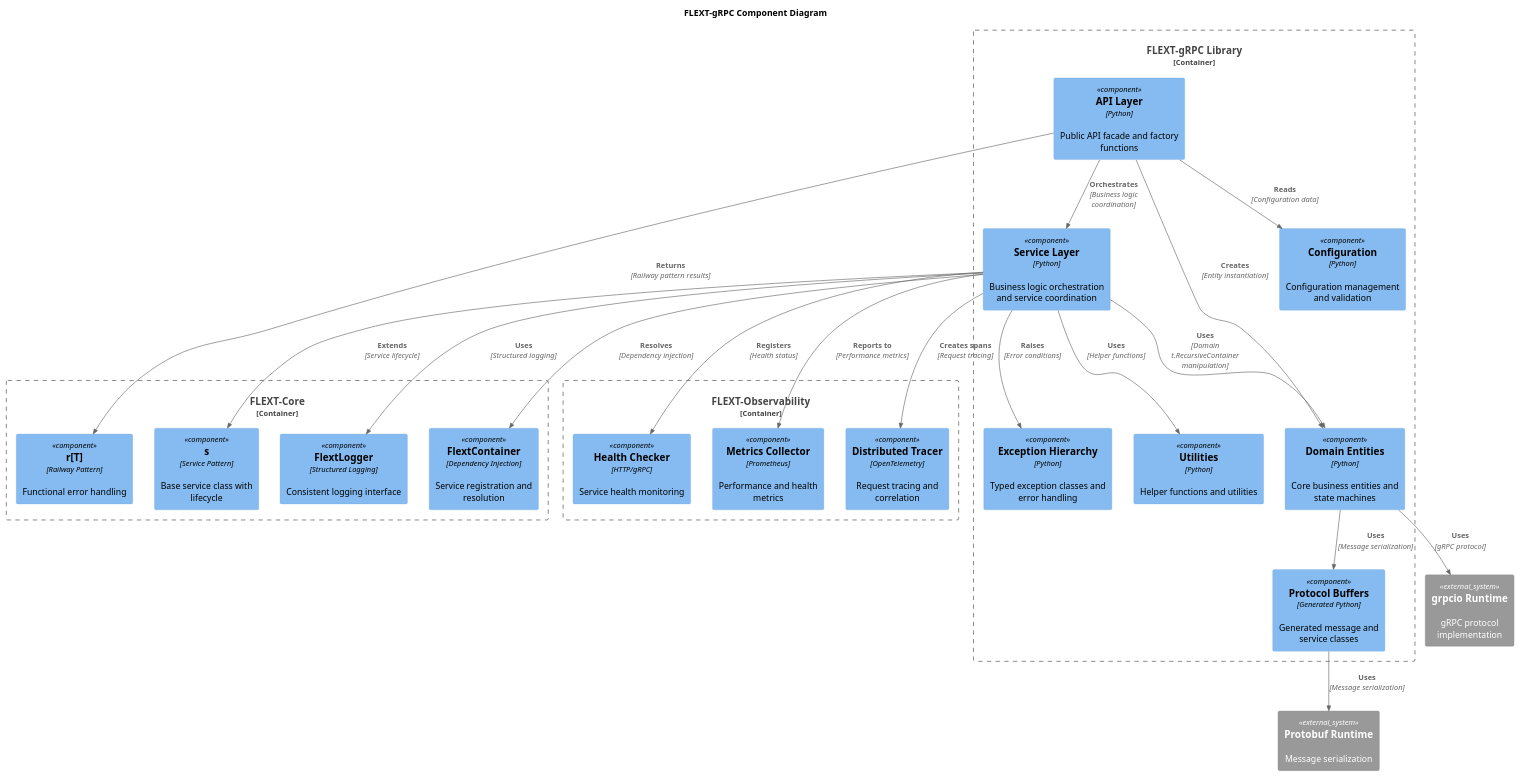
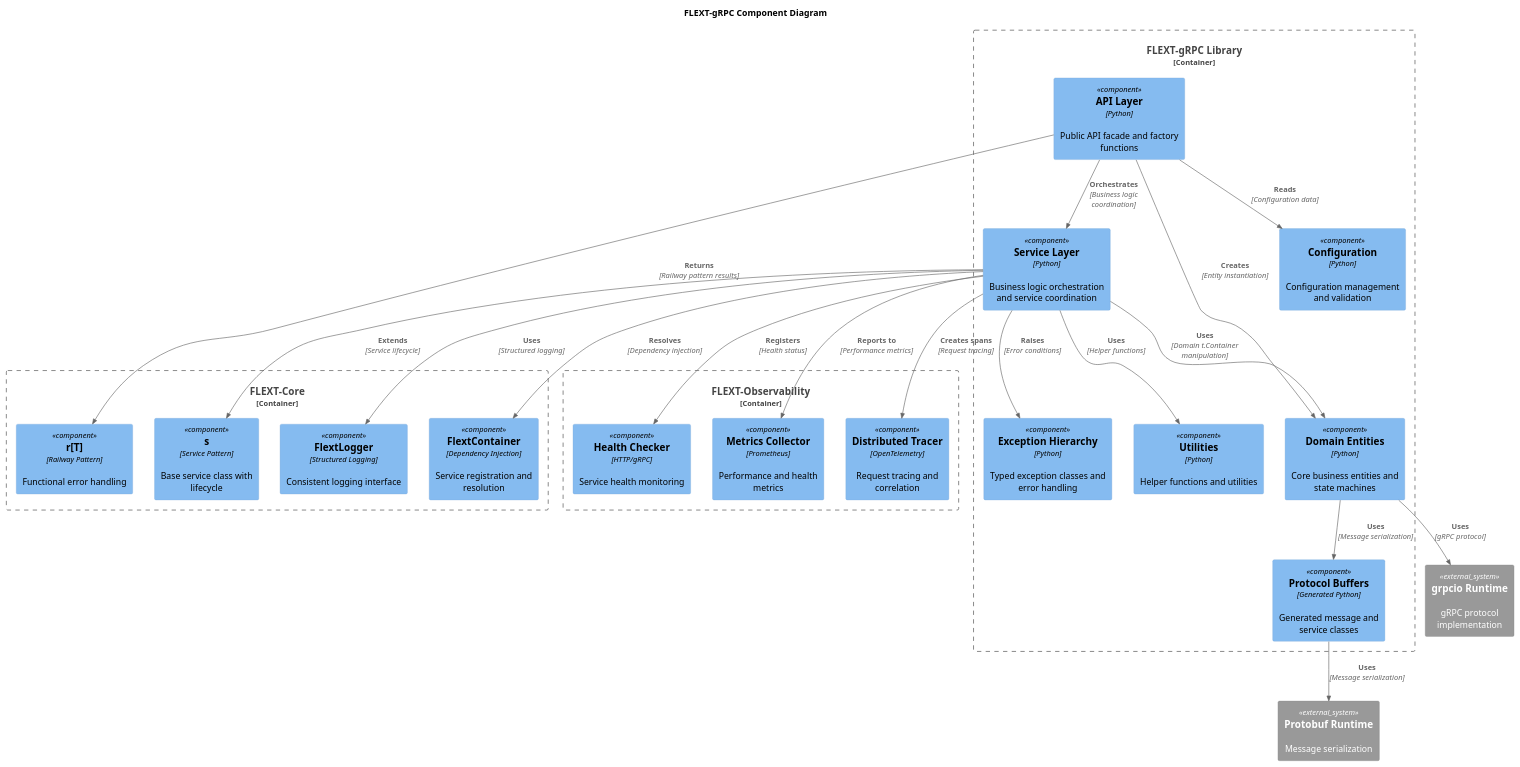
Before and after one commit to flext-sh/flext-grpc: the diagram in docs/architecture/diagrams/components.puml, drawn with PlantUML. The commit also changed 9 other files, not shown here.

```diff
--- a/docs/architecture/diagrams/components.puml
+++ b/docs/architecture/diagrams/components.puml
@@ -1,54 +1,54 @@
 @startuml FLEXT-gRPC Component Diagram
 !include <C4/C4_Component>
 
 title FLEXT-gRPC Component Diagram
 
 Container_Boundary(flext_grpc_lib, "FLEXT-gRPC Library") {
     Component(flext_grpc_api, "API Layer", "Python", "Public API facade and factory functions")
     Component(flext_grpc_services, "Service Layer", "Python", "Business logic orchestration and service coordination")
     Component(flext_grpc_entities, "Domain Entities", "Python", "Core business entities and state machines")
     Component(flext_grpc_config, "Configuration", "Python", "Configuration management and validation")
     Component(flext_grpc_exceptions, "Exception Hierarchy", "Python", "Typed exception classes and error handling")
     Component(flext_grpc_utilities, "Utilities", "Python", "Helper functions and utilities")
     Component(flext_grpc_protobuf, "Protocol Buffers", "Generated Python", "Generated message and service classes")
 }
 
 Container_Boundary(flext_core, "FLEXT-Core") {
     Component(flext_result, "r[T]", "Railway Pattern", "Functional error handling")
     Component(flext_container, "FlextContainer", "Dependency Injection", "Service registration and resolution")
     Component(flext_service, "s", "Service Pattern", "Base service class with lifecycle")
     Component(flext_logger, "FlextLogger", "Structured Logging", "Consistent logging interface")
 }
 
 Container_Boundary(flext_observability, "FLEXT-Observability") {
     Component(metrics_collector, "Metrics Collector", "Prometheus", "Performance and health metrics")
     Component(tracer, "Distributed Tracer", "OpenTelemetry", "Request tracing and correlation")
     Component(health_checker, "Health Checker", "HTTP/gRPC", "Service health monitoring")
 }
 
 System_Ext(grpcio_runtime, "grpcio Runtime", "gRPC protocol implementation")
 System_Ext(protobuf_runtime, "Protobuf Runtime", "Message serialization")
 
 Rel(flext_grpc_api, flext_grpc_services, "Orchestrates", "Business logic coordination")
 Rel(flext_grpc_api, flext_grpc_entities, "Creates", "Entity instantiation")
 Rel(flext_grpc_api, flext_grpc_config, "Reads", "Configuration data")
 
-Rel(flext_grpc_services, flext_grpc_entities, "Uses", "Domain t.RecursiveContainer manipulation")
+Rel(flext_grpc_services, flext_grpc_entities, "Uses", "Domain t.Container manipulation")
 Rel(flext_grpc_services, flext_grpc_exceptions, "Raises", "Error conditions")
 Rel(flext_grpc_services, flext_grpc_utilities, "Uses", "Helper functions")
 
 Rel(flext_grpc_entities, flext_grpc_protobuf, "Uses", "Message serialization")
 
 Rel(flext_grpc_api, flext_result, "Returns", "Railway pattern results")
 Rel(flext_grpc_services, flext_container, "Resolves", "Dependency injection")
 Rel(flext_grpc_services, flext_service, "Extends", "Service lifecycle")
 Rel(flext_grpc_services, flext_logger, "Uses", "Structured logging")
 
 Rel(flext_grpc_services, metrics_collector, "Reports to", "Performance metrics")
 Rel(flext_grpc_services, tracer, "Creates spans", "Request tracing")
 Rel(flext_grpc_services, health_checker, "Registers", "Health status")
 
 Rel(flext_grpc_entities, grpcio_runtime, "Uses", "gRPC protocol")
 Rel(flext_grpc_protobuf, protobuf_runtime, "Uses", "Message serialization")
 
 @enduml
```
